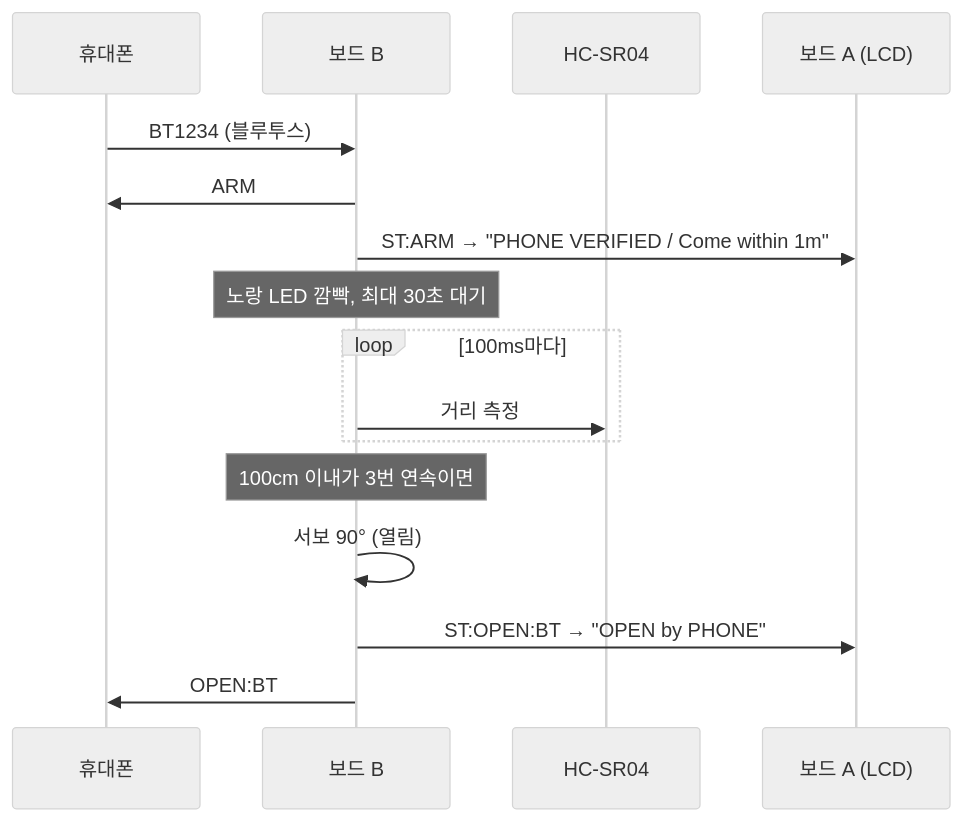
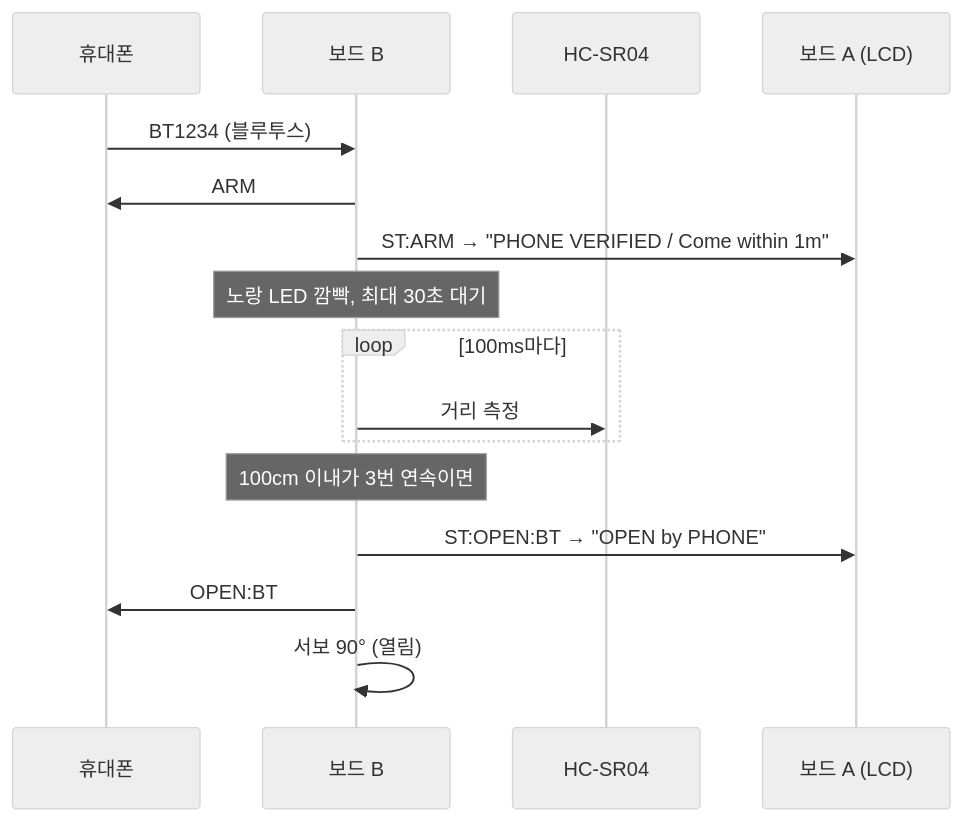
The second of 2 diagrams in README.md (oceanstarlight/arduino-doorlock), drawn with Mermaid (neutral theme) before and after one commit. The commit also changed other lines of this file, not shown here.

````diff
--- a/README.md
+++ b/README.md
@@ -78,18 +79,18 @@
 ```mermaid
 sequenceDiagram
   participant P as 휴대폰
   participant B as 보드 B
   participant S as HC-SR04
   participant A as 보드 A (LCD)
   P->>B: BT1234 (블루투스)
   B->>P: ARM
   B->>A: ST:ARM → "PHONE VERIFIED / Come within 1m"
   Note over B: 노랑 LED 깜빡, 최대 30초 대기
   loop 100ms마다
     B->>S: 거리 측정
   end
   Note over B: 100cm 이내가 3번 연속이면
-  B->>B: 서보 90° (열림)
   B->>A: ST:OPEN:BT → "OPEN by PHONE"
   B->>P: OPEN:BT
+  B->>B: 서보 90° (열림)
 ```
````
